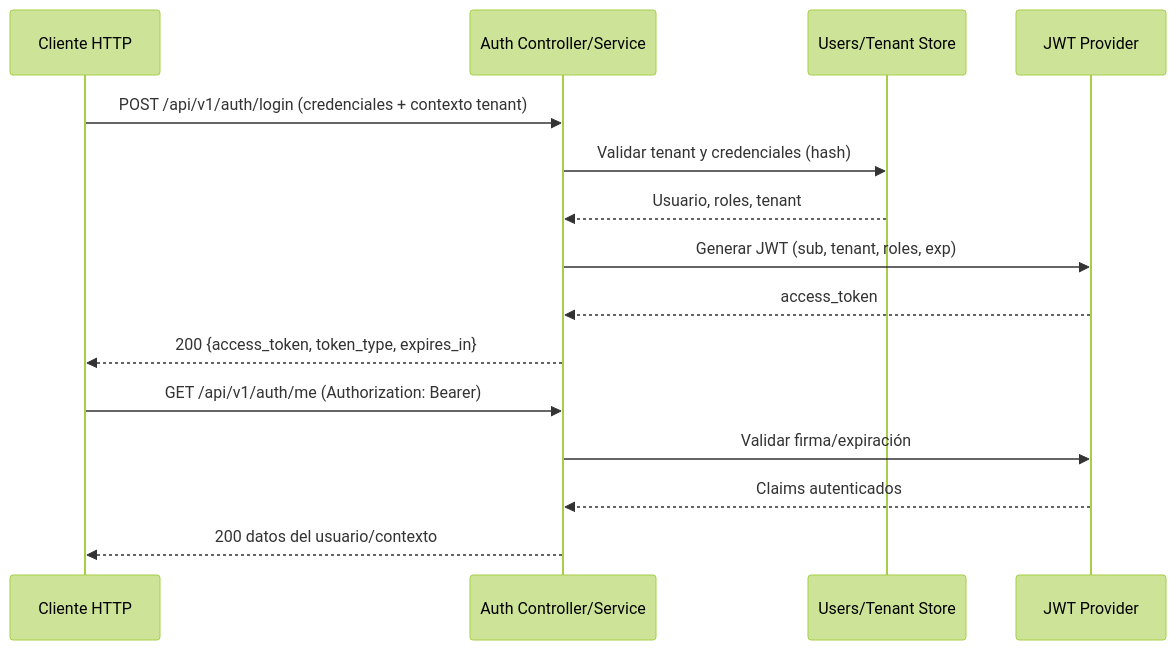
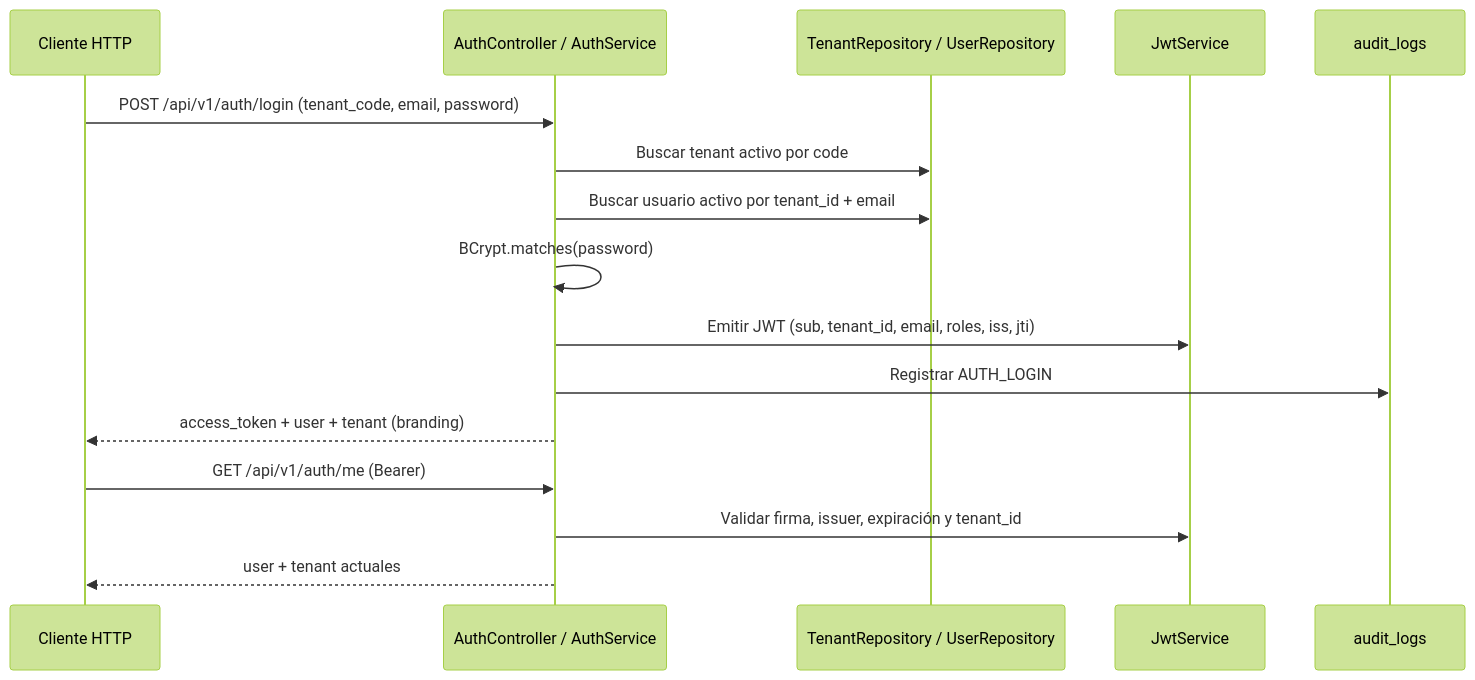
Before and after one commit to dilandcv/BankOs: the diagram in backend/docs/security/authentication.md, drawn with Mermaid (forest theme). The commit also changed other lines of this file and 163 other files, not shown here.

````diff
--- a/backend/docs/security/authentication.md
+++ b/backend/docs/security/authentication.md
@@ -15,19 +29,20 @@
 ```mermaid
 sequenceDiagram
   participant C as Cliente HTTP
-  participant A as Auth Controller/Service
-  participant U as Users/Tenant Store
-  participant J as JWT Provider
+  participant A as AuthController / AuthService
+  participant U as TenantRepository / UserRepository
+  participant J as JwtService
+  participant DB as audit_logs
 
-  C->>A: POST /api/v1/auth/login (credenciales + contexto tenant)
-  A->>U: Validar tenant y credenciales (hash)
-  U-->>A: Usuario, roles, tenant
-  A->>J: Generar JWT (sub, tenant, roles, exp)
-  J-->>A: access_token
-  A-->>C: 200 {access_token, token_type, expires_in}
+  C->>A: POST /api/v1/auth/login (tenant_code, email, password)
+  A->>U: Buscar tenant activo por code
+  A->>U: Buscar usuario activo por tenant_id + email
+  A->>A: BCrypt.matches(password)
+  A->>J: Emitir JWT (sub, tenant_id, email, roles, iss, jti)
+  A->>DB: Registrar AUTH_LOGIN
+  A-->>C: access_token + user + tenant (branding)
 
-  C->>A: GET /api/v1/auth/me (Authorization: Bearer)
-  A->>J: Validar firma/expiración
-  J-->>A: Claims autenticados
-  A-->>C: 200 datos del usuario/contexto
+  C->>A: GET /api/v1/auth/me (Bearer)
+  A->>J: Validar firma, issuer, expiración y tenant_id
+  A-->>C: user + tenant actuales
 ```
````
